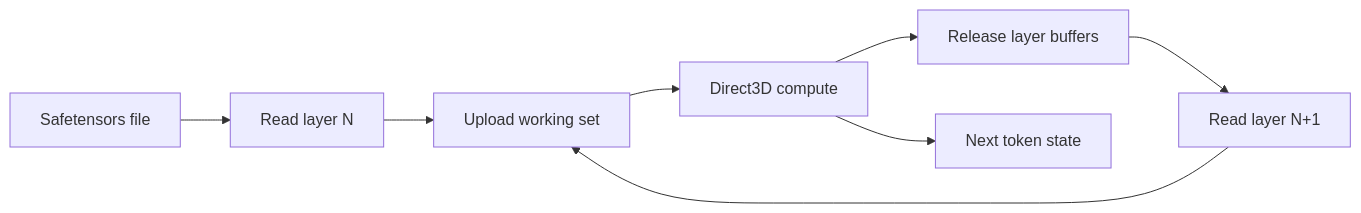
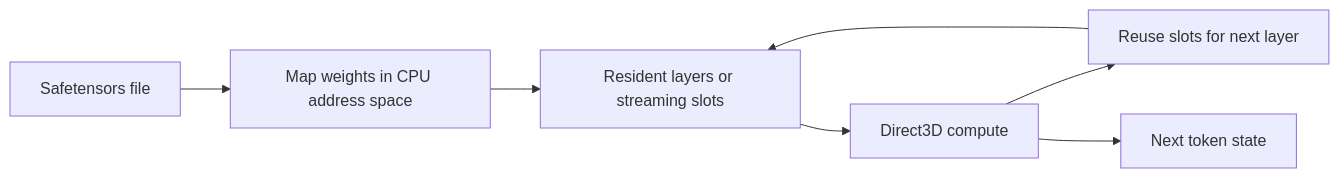
Before and after one commit to raorob/robresearch-app: the diagram in src/content/research/why-i-built-my-own-inference-runtime.md, drawn with Mermaid. The commit also changed other lines of this file and 7 other files, not shown here.

````diff
--- a/src/content/research/why-i-built-my-own-inference-runtime.md
+++ b/src/content/research/why-i-built-my-own-inference-runtime.md
@@ -44,10 +54,9 @@
 ```mermaid
 flowchart LR
-    A[Safetensors file] --> B[Read layer N]
-    B --> C[Upload working set]
+    A[Safetensors file] --> B[Map weights in CPU address space]
+    B --> C[Resident layers or streaming slots]
     C --> D[Direct3D compute]
-    D --> E[Release layer buffers]
-    E --> F[Read layer N+1]
-    F --> C
+    D --> E[Reuse slots for next layer]
+    E --> C
     D --> G[Next token state]
 ```
````
